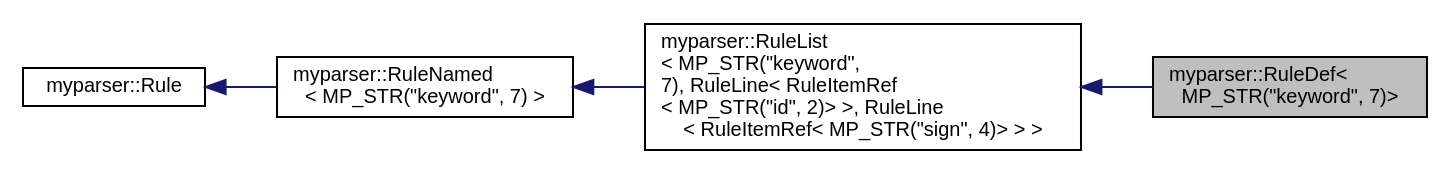
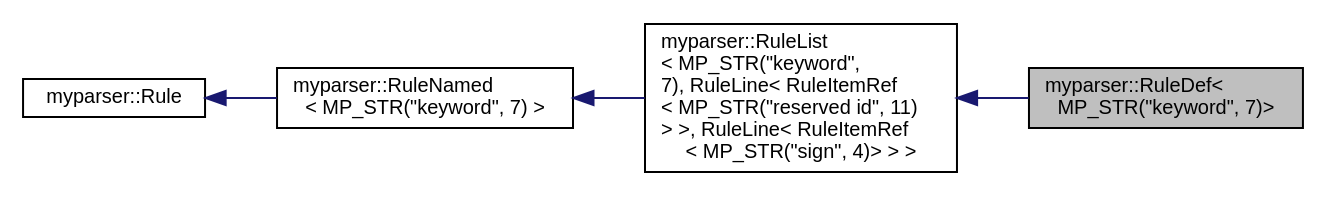
The diagram in classmyparser_1_1RuleDef_3_01MP__STR_07"keyword"_00_017_08_4__coll__graph.dot (gaocegege/CompilerLab), drawn with Graphviz before and after one commit. The commit also changed 675 other files, not shown here.

```diff
--- a/classmyparser_1_1RuleDef_3_01MP__STR_07"keyword"_00_017_08_4__coll__graph.dot
+++ b/classmyparser_1_1RuleDef_3_01MP__STR_07"keyword"_00_017_08_4__coll__graph.dot
@@ -1,13 +1,13 @@
 digraph "myparser::RuleDef&lt; MP_STR(&quot;keyword&quot;, 7)&gt;"
 {
   edge [fontname="Helvetica",fontsize="10",labelfontname="Helvetica",labelfontsize="10"];
   node [fontname="Helvetica",fontsize="10",shape=record];
   rankdir="LR";
   Node1 [label="myparser::RuleDef\<\l MP_STR(\"keyword\", 7)\>",height=0.2,width=0.4,color="black", fillcolor="grey75", style="filled" fontcolor="black"];
   Node2 -> Node1 [dir="back",color="midnightblue",fontsize="10",style="solid",fontname="Helvetica"];
-  Node2 [label="myparser::RuleList\l\< MP_STR(\"keyword\",\l 7), RuleLine\< RuleItemRef\l\< MP_STR(\"id\", 2)\> \>, RuleLine\l\< RuleItemRef\< MP_STR(\"sign\", 4)\> \> \>",height=0.2,width=0.4,color="black", fillcolor="white", style="filled",URL="$classmyparser_1_1RuleList.html"];
+  Node2 [label="myparser::RuleList\l\< MP_STR(\"keyword\",\l 7), RuleLine\< RuleItemRef\l\< MP_STR(\"reserved id\", 11)\l\> \>, RuleLine\< RuleItemRef\l\< MP_STR(\"sign\", 4)\> \> \>",height=0.2,width=0.4,color="black", fillcolor="white", style="filled",URL="$classmyparser_1_1RuleList.html"];
   Node3 -> Node2 [dir="back",color="midnightblue",fontsize="10",style="solid",fontname="Helvetica"];
   Node3 [label="myparser::RuleNamed\l\< MP_STR(\"keyword\", 7) \>",height=0.2,width=0.4,color="black", fillcolor="white", style="filled",URL="$classmyparser_1_1RuleNamed.html"];
   Node4 -> Node3 [dir="back",color="midnightblue",fontsize="10",style="solid",fontname="Helvetica"];
   Node4 [label="myparser::Rule",height=0.2,width=0.4,color="black", fillcolor="white", style="filled",URL="$classmyparser_1_1Rule.html"];
 }
```
